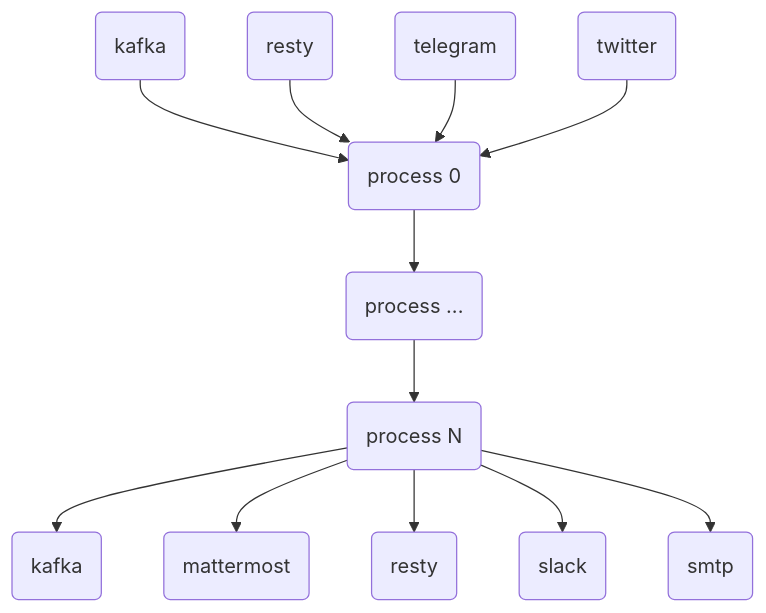
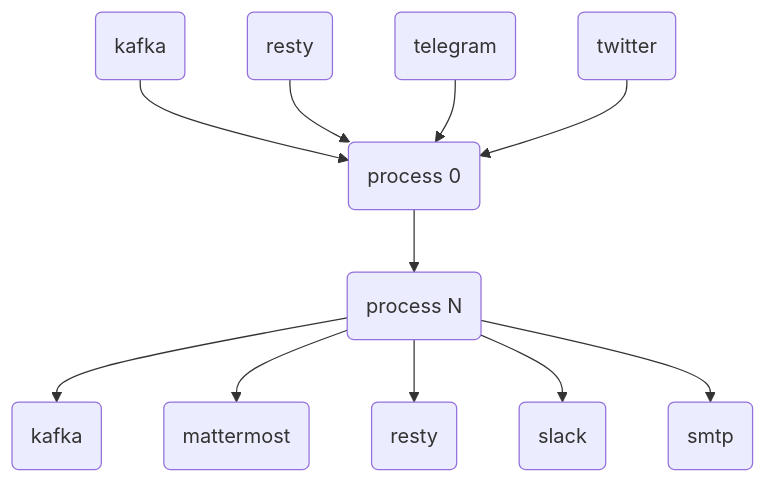
One commit to livelace/gosquito changed the diagram in README.md. Above: the diagram before and after it, drawn with Mermaid.

Commit message:
mermaid experiment

````diff
--- a/README.md
+++ b/README.md
@@ -9,14 +9,13 @@
 ```mermaid
 graph TD;
     I1(kafka)-->P1(process 0);
     I2(resty)-->P1;
     I3(telegram)-->P1;
     I4(twitter)-->P1;
-    P1-->P2(process ...);
-    P2-->P3(process N);
-    P3-->O1(kafka);
-    P3-->O2(mattermost);
-    P3-->O3(resty);
-    P3-->O4(slack);
-    P3-->O5(smtp);
+    P1-->P2(process N);
+    P2-->O1(kafka);
+    P2-->O2(mattermost);
+    P2-->O3(resty);
+    P2-->O4(slack);
+    P2-->O5(smtp);
 ```
````
